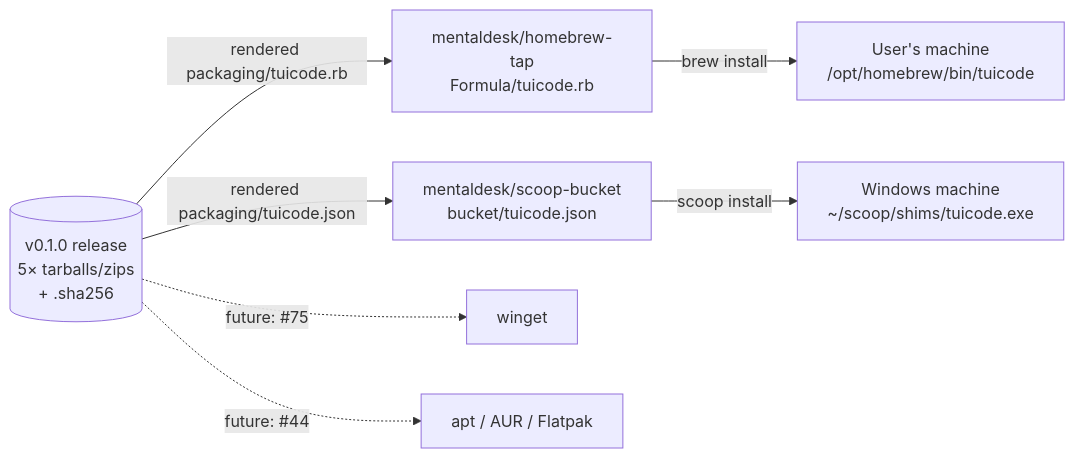
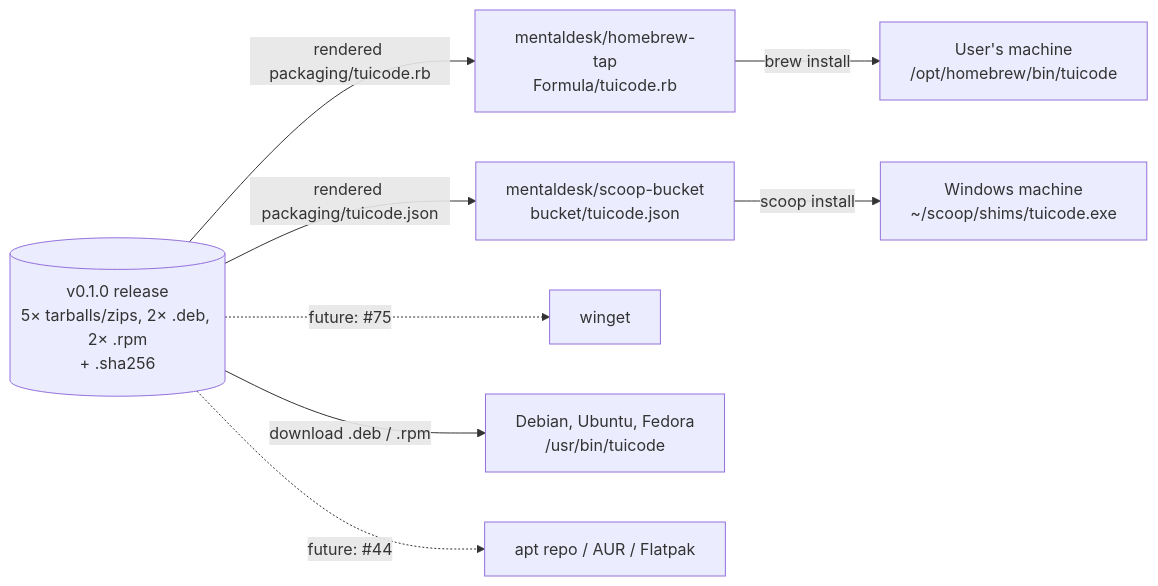
One commit to mentaldesk/TuiCode changed the second of 2 diagrams in CONTRIBUTING.md. Above: the diagram before and after it, drawn with Mermaid. The commit also changed other lines of this file and 8 other files, not shown here.

First line of the commit message:
Attach .deb and .rpm packages for x64 and arm64 to each release

````diff
--- a/CONTRIBUTING.md
+++ b/CONTRIBUTING.md
@@ -78,12 +84,13 @@
 ```mermaid
 flowchart LR
-    Release[("v0.1.0 release<br/>5× tarballs/zips<br/>+ .sha256")]
+    Release[("v0.1.0 release<br/>5× tarballs/zips, 2× .deb, 2× .rpm<br/>+ .sha256")]
     Release -->|"rendered packaging/tuicode.rb"| Tap["mentaldesk/homebrew-tap<br/>Formula/tuicode.rb"]
     Tap -->|brew install| User["User's machine<br/>/opt/homebrew/bin/tuicode"]
 
     Release -->|"rendered packaging/tuicode.json"| Bucket["mentaldesk/scoop-bucket<br/>bucket/tuicode.json"]
     Bucket -->|scoop install| Win["Windows machine<br/>~/scoop/shims/tuicode.exe"]
 
     Release -.->|future: #75| Winget["winget"]
-    Release -.->|future: #44| Linux["apt / AUR / Flatpak"]
+    Release -->|"download .deb / .rpm"| Linux["Debian, Ubuntu, Fedora<br/>/usr/bin/tuicode"]
+    Release -.->|future: #44| LinuxRepos["apt repo / AUR / Flatpak"]
 ```
````
